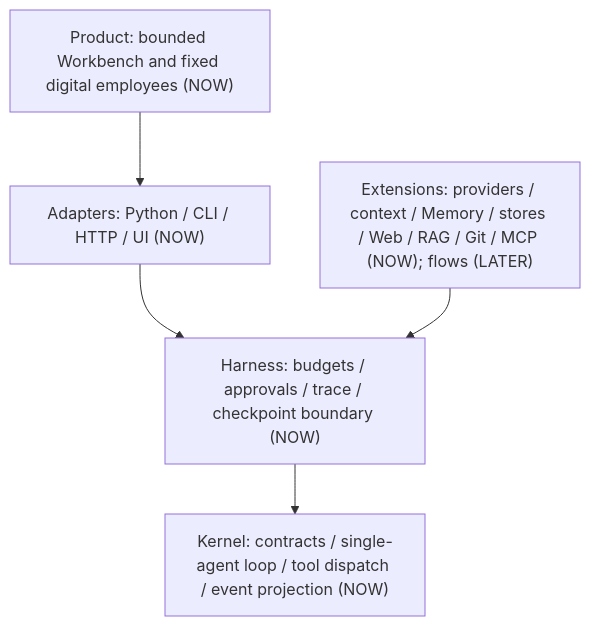
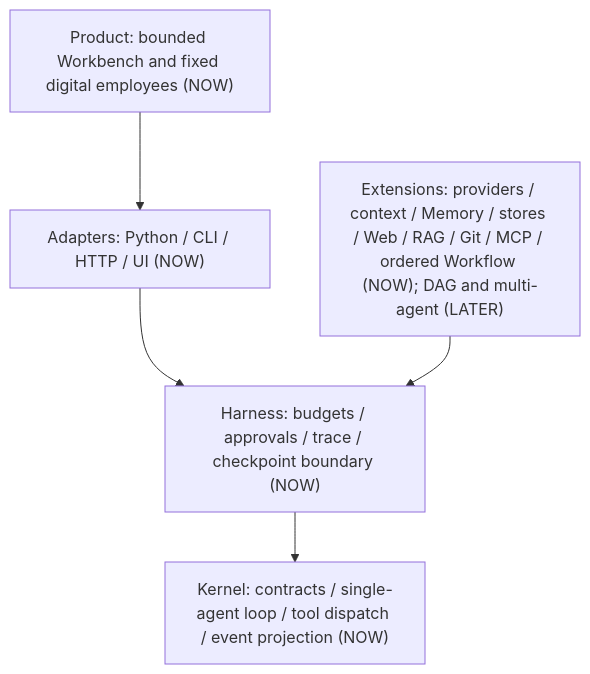
The diagram in docs/FOUNDATION.md (syusama/sasori), drawn with Mermaid before and after one commit. The commit also changed other lines of this file and 33 other files, not shown here.

Commit message:
feat(flow): add single-harness ordered workflows

````diff
--- a/docs/FOUNDATION.md
+++ b/docs/FOUNDATION.md
@@ -48,12 +48,12 @@
 ```mermaid
 flowchart TB
     P["Product: bounded Workbench and fixed digital employees (NOW)"]
     A["Adapters: Python / CLI / HTTP / UI (NOW)"]
-    X["Extensions: providers / context / Memory / stores / Web / RAG / Git / MCP (NOW); flows (LATER)"]
+    X["Extensions: providers / context / Memory / stores / Web / RAG / Git / MCP / ordered Workflow (NOW); DAG and multi-agent (LATER)"]
     H["Harness: budgets / approvals / trace / checkpoint boundary (NOW)"]
     K["Kernel: contracts / single-agent loop / tool dispatch / event projection (NOW)"]
     P --> A
     A --> H
     X --> H
     H --> K
 ```
````
